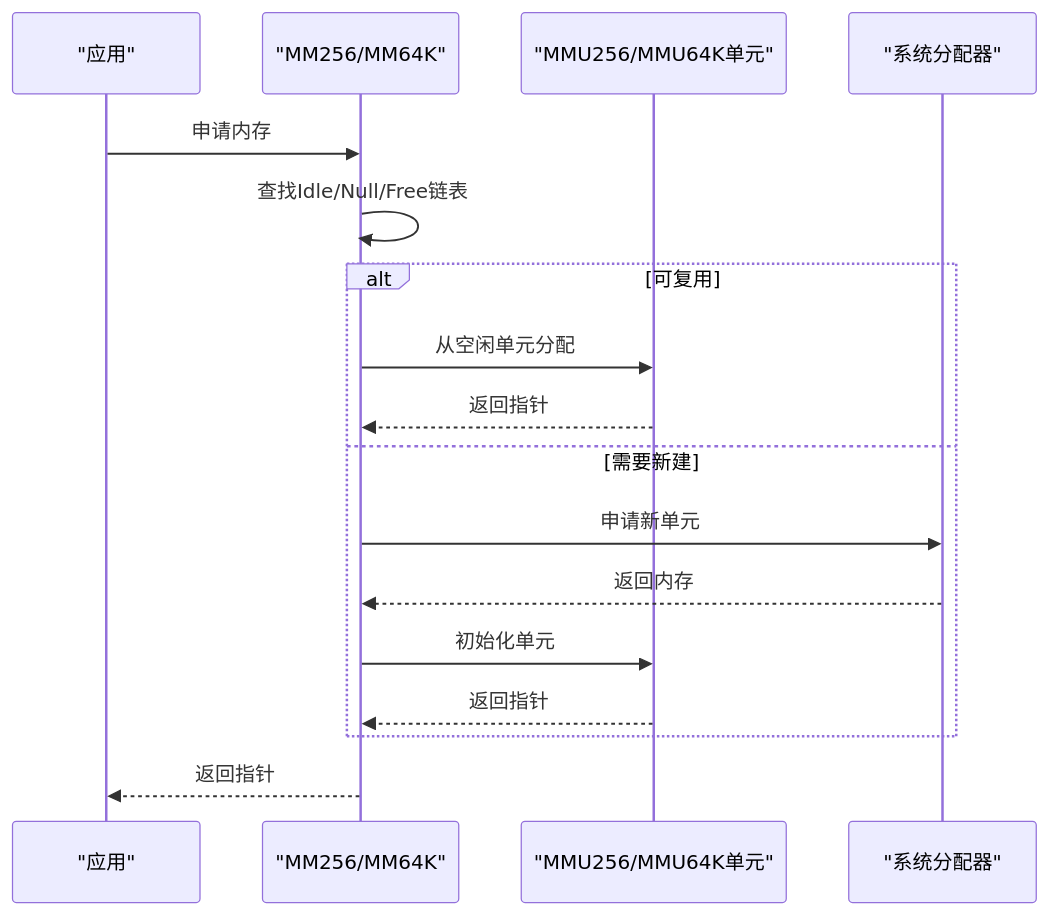
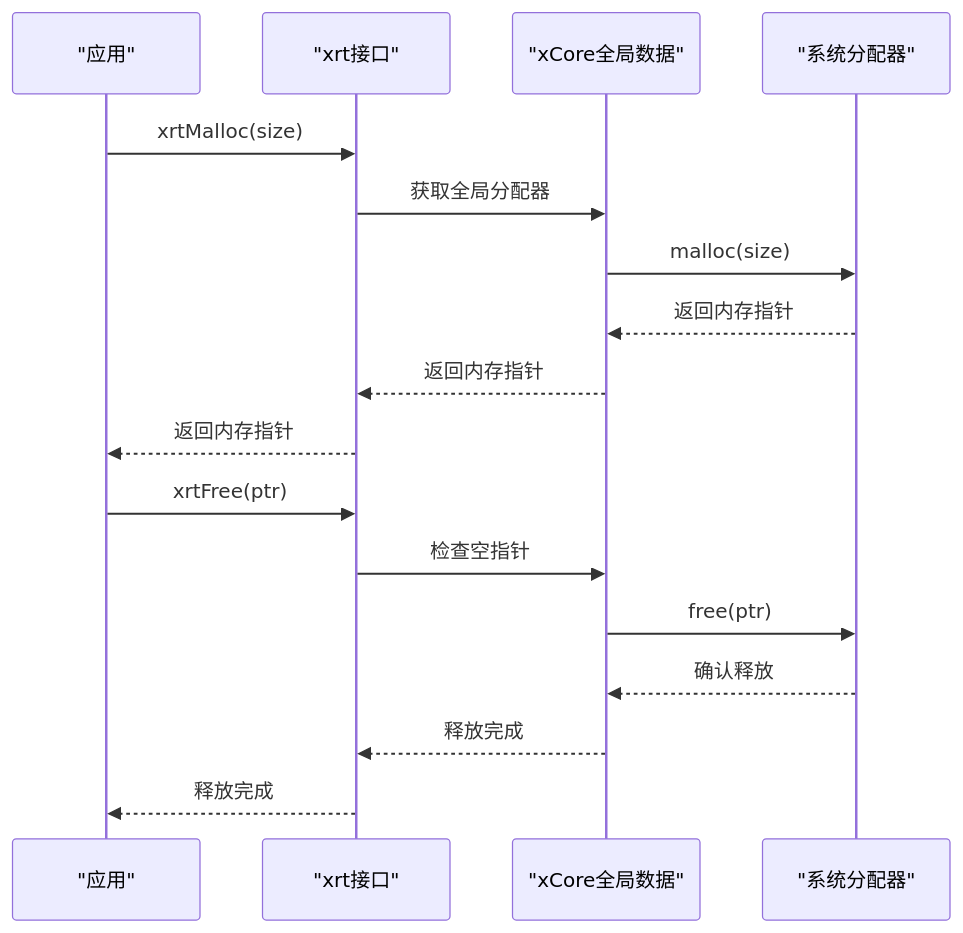
The third of 6 diagrams in .qoder/repowiki/zh/content/内存管理架构/内存管理架构.md (xywhsoft/xpack), drawn with Mermaid before and after one commit. The commit also changed other lines of this file and 23 other files, not shown here.

````diff
--- a/.qoder/repowiki/zh/content/内存管理架构/内存管理架构.md
+++ b/.qoder/repowiki/zh/content/内存管理架构/内存管理架构.md
@@ -177,19 +154,19 @@
 ```mermaid
 sequenceDiagram
 participant APP as "应用"
-participant MM as "MM256/MM64K"
-participant UNIT as "MMU256/MMU64K单元"
+participant XRT as "xrt接口"
+participant CORE as "xCore全局数据"
 participant SYS as "系统分配器"
-APP->>MM : 申请内存
-MM->>MM : 查找Idle/Null/Free链表
-alt 可复用
-MM->>UNIT : 从空闲单元分配
-UNIT-->>MM : 返回指针
-else 需要新建
-MM->>SYS : 申请新单元
-SYS-->>MM : 返回内存
-MM->>UNIT : 初始化单元
-UNIT-->>MM : 返回指针
-end
-MM-->>APP : 返回指针
+APP->>XRT : xrtMalloc(size)
+XRT->>CORE : 获取全局分配器
+CORE->>SYS : malloc(size)
+SYS-->>CORE : 返回内存指针
+CORE-->>XRT : 返回内存指针
+XRT-->>APP : 返回内存指针
+APP->>XRT : xrtFree(ptr)
+XRT->>CORE : 检查空指针
+CORE->>SYS : free(ptr)
+SYS-->>CORE : 确认释放
+CORE-->>XRT : 释放完成
+XRT-->>APP : 释放完成
 ```
````
